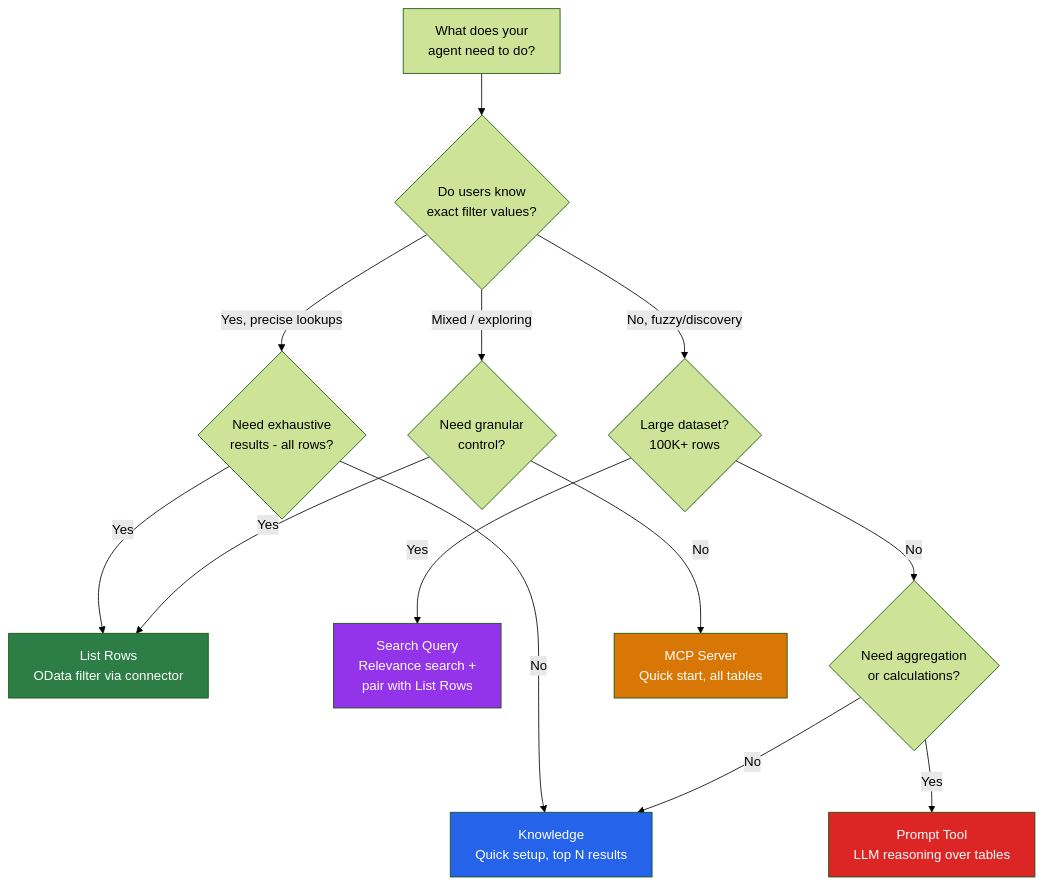
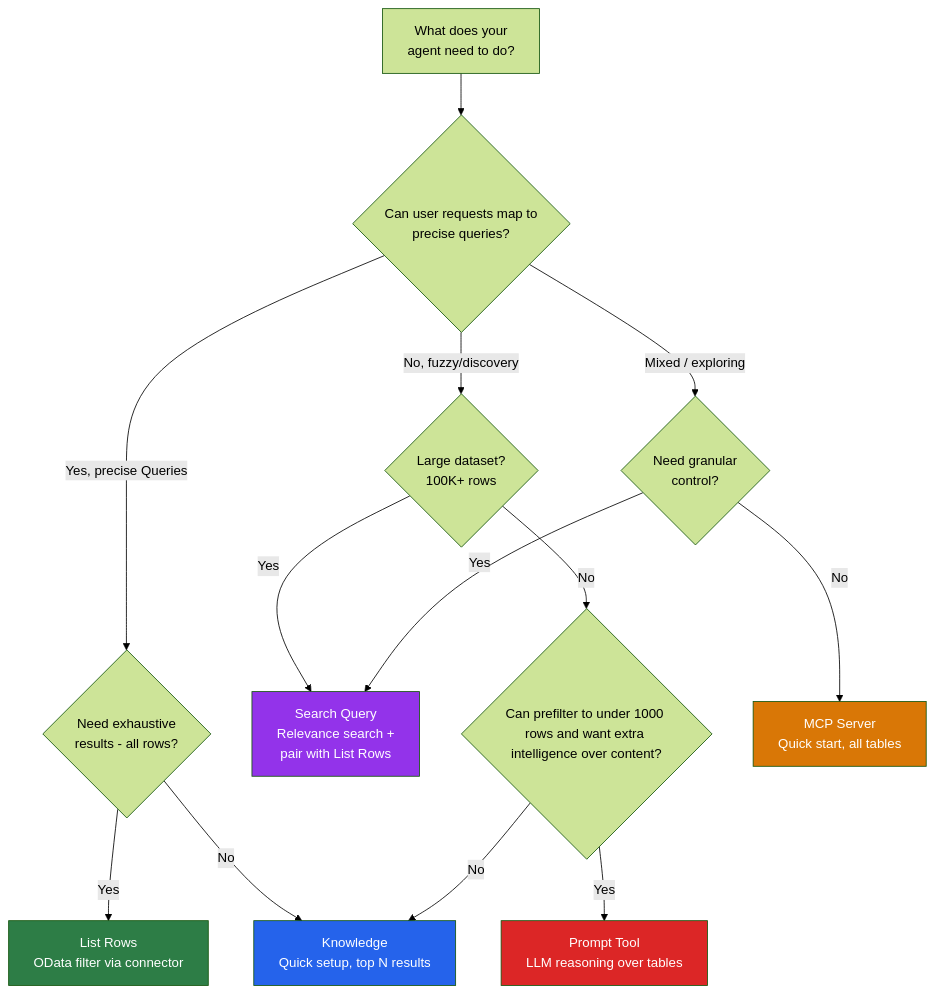
The first of 5 diagrams in _posts/2026-04-10-dataverse-retrieval-patterns-copilot-studio.md (microsoft/mcscatblog), drawn with Mermaid (forest theme) before and after one commit. The commit also changed other lines of this file and 14 other files, not shown here.

First line of the commit message:
Dataverse retrieval patterns: editorial review, schema alignment, interactive widget

````diff
--- a/_posts/2026-04-10-dataverse-retrieval-patterns-copilot-studio.md
+++ b/_posts/2026-04-10-dataverse-retrieval-patterns-copilot-studio.md
@@ -55,24 +55,24 @@
 ```mermaid
 flowchart TD
-    START["What does your<br>agent need to do?"] --> Q1{"Do users know<br>exact filter values?"}
+    START["What does your<br>agent need to do?"] --> Q1{"Can user requests map to<br>precise queries?"}
     
-    Q1 -- "Yes, precise lookups" --> Q2{"Need exhaustive<br>results - all rows?"}
+    Q1 -- "Yes, precise Queries" --> Q2{"Need exhaustive<br>results - all rows?"}
     Q2 -- Yes --> LISTROWS["List Rows<br>OData filter via connector"]
     Q2 -- No --> KNOWLEDGE["Knowledge<br>Quick setup, top N results"]
     
     Q1 -- "No, fuzzy/discovery" --> Q3{"Large dataset?<br>100K+ rows"}
     Q3 -- Yes --> SEARCH["Search Query<br>Relevance search +<br>pair with List Rows"]
-    Q3 -- No --> Q4{"Need aggregation<br>or calculations?"}
+    Q3 -- No --> Q4{"Can prefilter to under 1000 rows and want extra intelligence over content?"}
     Q4 -- Yes --> PROMPT["Prompt Tool<br>LLM reasoning over tables"]
     Q4 -- No --> KNOWLEDGE
     
     Q1 -- "Mixed / exploring" --> Q5{"Need granular<br>control?"}
     Q5 -- No --> MCP["MCP Server<br>Quick start, all tables"]
-    Q5 -- Yes --> LISTROWS
+    Q5 -- Yes --> SEARCH["Search Query<br>Relevance search +<br>pair with List Rows"]
     
     style LISTROWS fill:#2d7d46,color:#fff
     style KNOWLEDGE fill:#2563eb,color:#fff
     style SEARCH fill:#9333ea,color:#fff
     style PROMPT fill:#dc2626,color:#fff
     style MCP fill:#d97706,color:#fff
 ```
````
